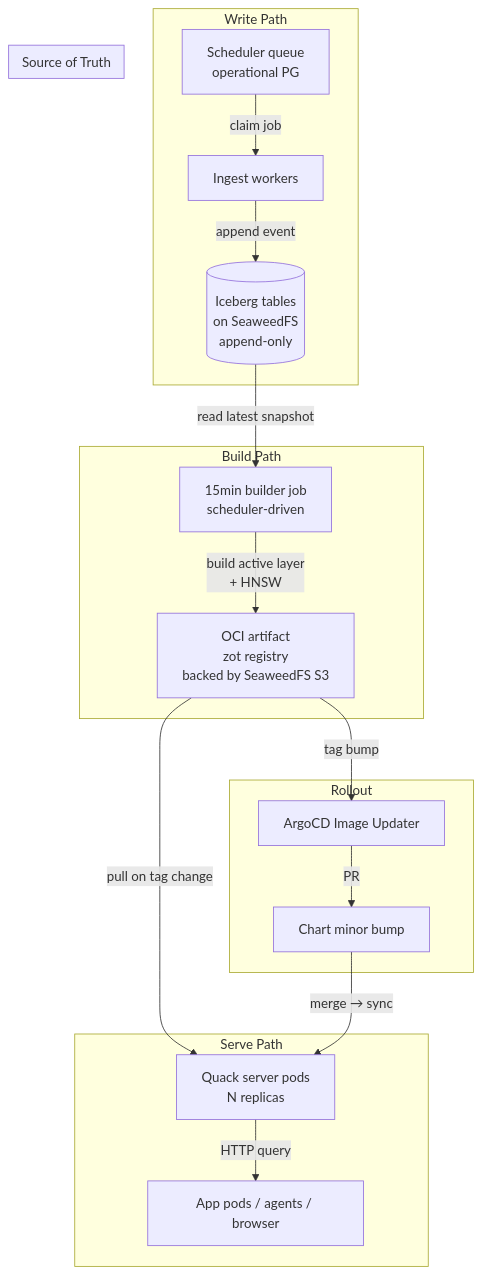
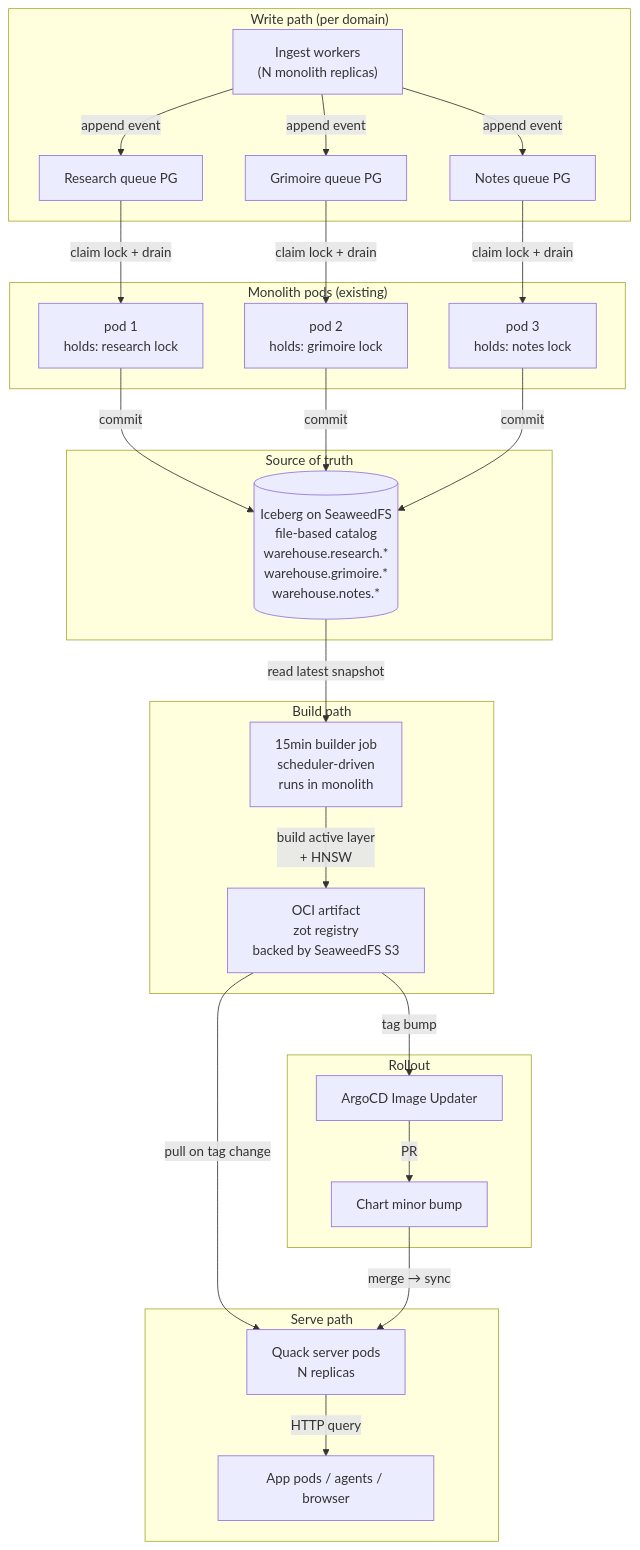
The first of 2 diagrams in docs/decisions/platform/004-notes-iceberg-lakehouse.md (jomcgi-org/homelab), drawn with Mermaid before and after one commit. The commit also changed other lines of this file, not shown here.

First line of the commit message:
docs(adr): simplify ADR 004 — file-based catalog, monolith writers, rclone backups

````diff
--- a/docs/decisions/platform/004-notes-iceberg-lakehouse.md
+++ b/docs/decisions/platform/004-notes-iceberg-lakehouse.md
@@ -60,29 +83,43 @@
 ```mermaid
 graph TB
-    subgraph "Write Path"
-        Q[Scheduler queue<br/>operational PG]
-        Q -->|claim job| W[Ingest workers]
-        W -->|append event| ICE
+    subgraph "Write path (per domain)"
+        IW["Ingest workers<br/>(N monolith replicas)"] -->|append event| QR[Research queue PG]
+        IW -->|append event| QG[Grimoire queue PG]
+        IW -->|append event| QN[Notes queue PG]
     end
 
-    subgraph "Source of Truth"
-        ICE[(Iceberg tables<br/>on SeaweedFS<br/>append-only)]
+    subgraph "Monolith pods (existing)"
+        MP1["pod 1<br/>holds: research lock"]
+        MP2["pod 2<br/>holds: grimoire lock"]
+        MP3["pod 3<br/>holds: notes lock"]
     end
 
-    subgraph "Build Path"
-        CRON[15min builder job<br/>scheduler-driven]
+    QR -->|claim lock + drain| MP1
+    QG -->|claim lock + drain| MP2
+    QN -->|claim lock + drain| MP3
+
+    subgraph "Source of truth"
+        ICE[(Iceberg on SeaweedFS<br/>file-based catalog<br/>warehouse.research.*<br/>warehouse.grimoire.*<br/>warehouse.notes.*)]
+    end
+
+    MP1 -->|commit| ICE
+    MP2 -->|commit| ICE
+    MP3 -->|commit| ICE
+
+    subgraph "Build path"
+        CRON[15min builder job<br/>scheduler-driven<br/>runs in monolith]
         ICE -->|read latest snapshot| CRON
         CRON -->|build active layer<br/>+ HNSW| OCI[OCI artifact<br/>zot registry<br/>backed by SeaweedFS S3]
     end
 
-    subgraph "Serve Path"
+    subgraph "Serve path"
         OCI -->|pull on tag change| QS[Quack server pods<br/>N replicas]
         QS -->|HTTP query| APP[App pods / agents / browser]
     end
 
     subgraph "Rollout"
         OCI -->|tag bump| AIU[ArgoCD Image Updater]
         AIU -->|PR| CHART[Chart minor bump]
         CHART -->|merge → sync| QS
     end
 ```
````
